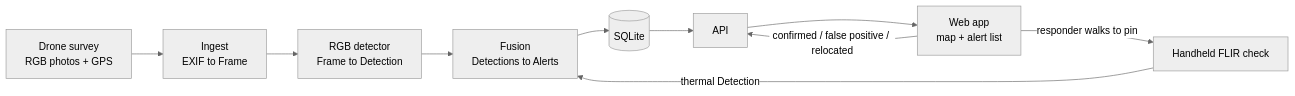
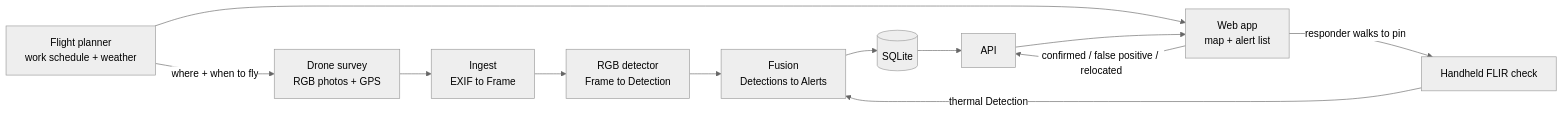
Before and after one commit to nasnasbro55-design/what-about-the-turtles: the diagram in turtles/architecture/ARCHITECTURE.md, drawn with Mermaid (neutral theme). The commit also changed other lines of this file and 10 other files, not shown here.

````diff
--- a/turtles/architecture/ARCHITECTURE.md
+++ b/turtles/architecture/ARCHITECTURE.md
@@ -35,12 +39,14 @@
 ```mermaid
 flowchart LR
+    P["Flight planner<br/>work schedule + weather"] -->|"where + when to fly"| A
+    P --> G
     A["Drone survey<br/>RGB photos + GPS"] --> B["Ingest<br/>EXIF to Frame"]
     B --> C["RGB detector<br/>Frame to Detection"]
     C --> D["Fusion<br/>Detections to Alerts"]
     D --> E[("SQLite")]
     E --> F["API"]
     F --> G["Web app<br/>map + alert list"]
     G -->|"responder walks to pin"| H["Handheld FLIR check"]
     H -->|"thermal Detection"| D
     G -->|"confirmed / false positive / relocated"| F
 ```
````
